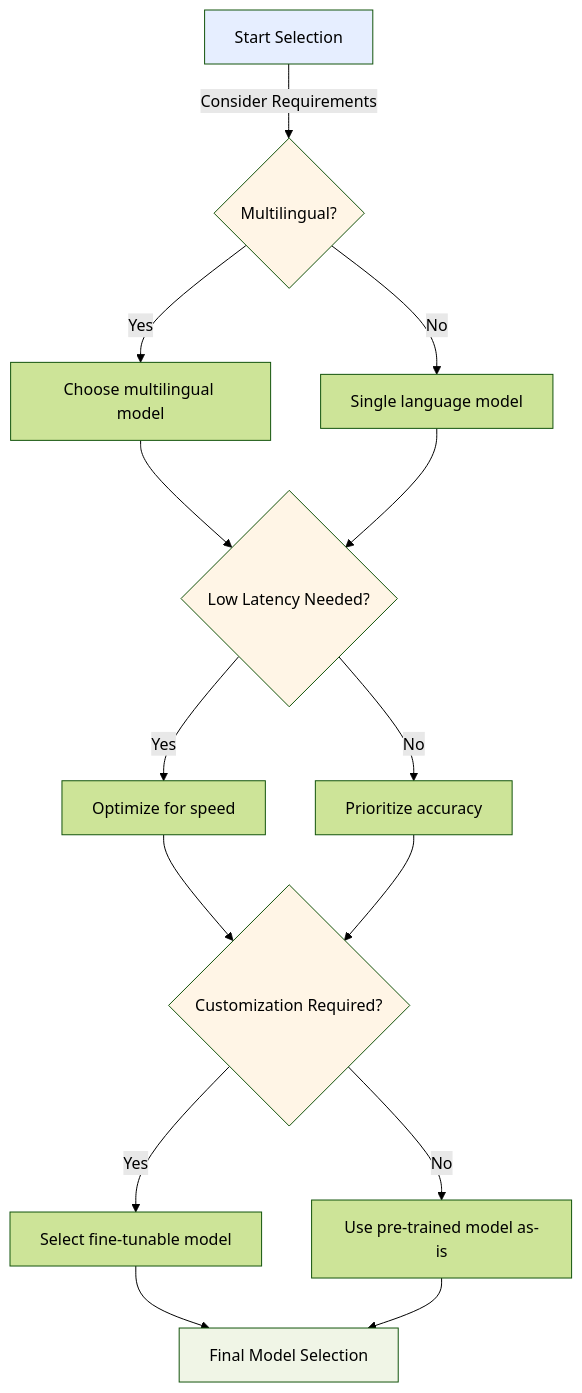
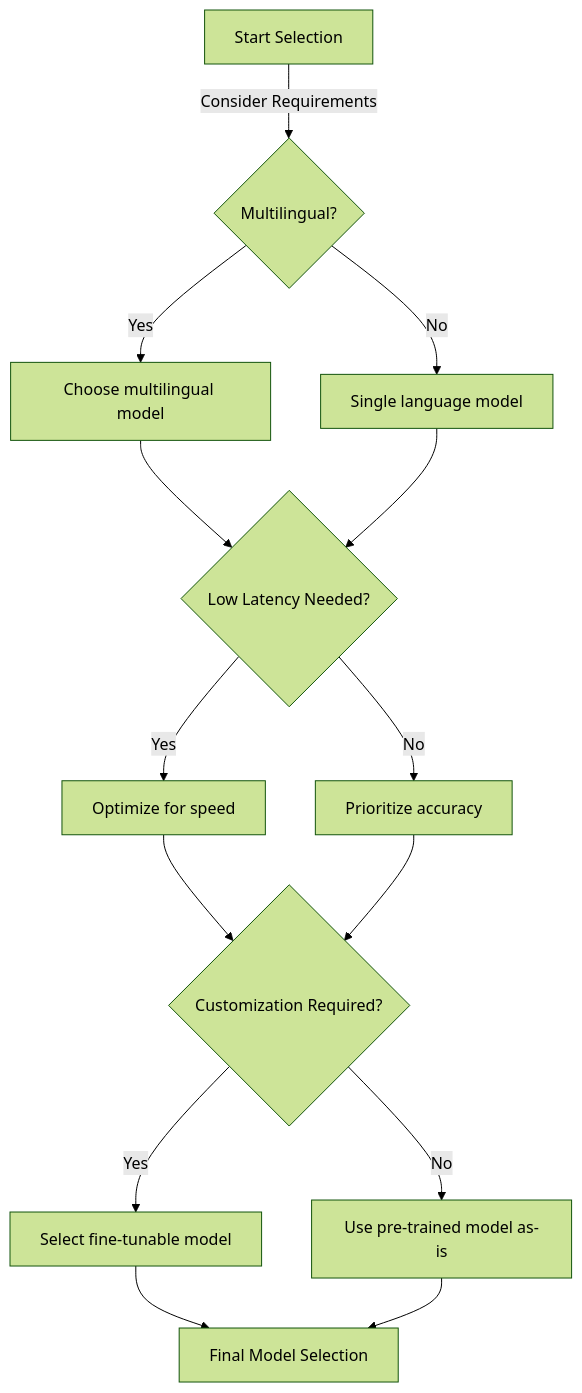
Before and after one commit to CloudCityPress/aws-aif-c01: the first of 4 diagrams in english/30_10_Design_Considerations_for_apps_that_use_FMs.md, drawn with Mermaid (forest theme). The commit also changed other lines of this file and 16 other files, not shown here.

Commit message:
updating Mermaids

````diff
--- a/english/30_10_Design_Considerations_for_apps_that_use_FMs.md
+++ b/english/30_10_Design_Considerations_for_apps_that_use_FMs.md
@@ -27,21 +27,17 @@
 ```mermaid
 flowchart TD
     A[Start Selection] -->|Consider Requirements| B{Multilingual?}
     B -->|Yes| C[Choose multilingual model]
     B -->|No| D[Single language model]
     C --> E{Low Latency Needed?}
     D --> E
     E -->|Yes| F[Optimize for speed]
     E -->|No| G[Prioritize accuracy]
     F --> H{Customization Required?}
     G --> H
     H -->|Yes| I[Select fine-tunable model]
     H -->|No| J[Use pre-trained model as-is]
     I --> K[Final Model Selection]
     J --> K
-    style A fill:#e6eeff
-    style B fill:#fff5e6
-    style E fill:#fff5e6
-    style H fill:#fff5e6
-    style K fill:#f0f5e6
+
 ```
````
